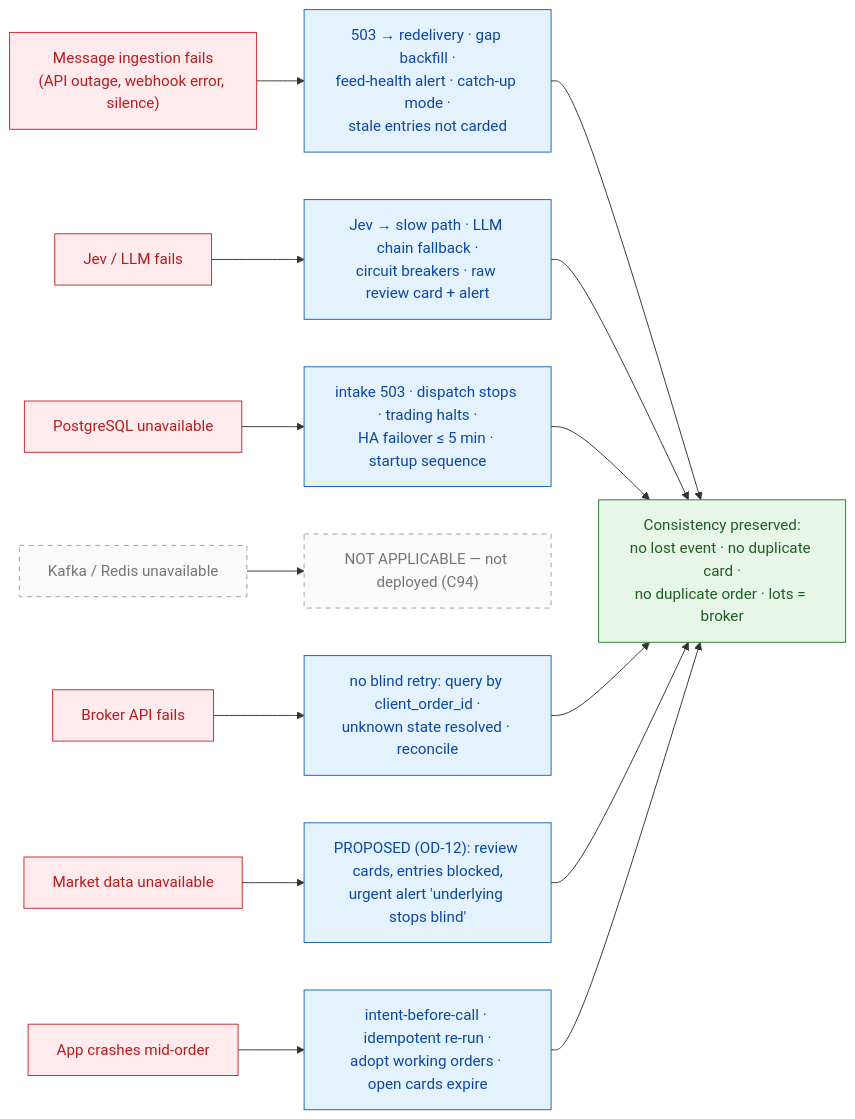
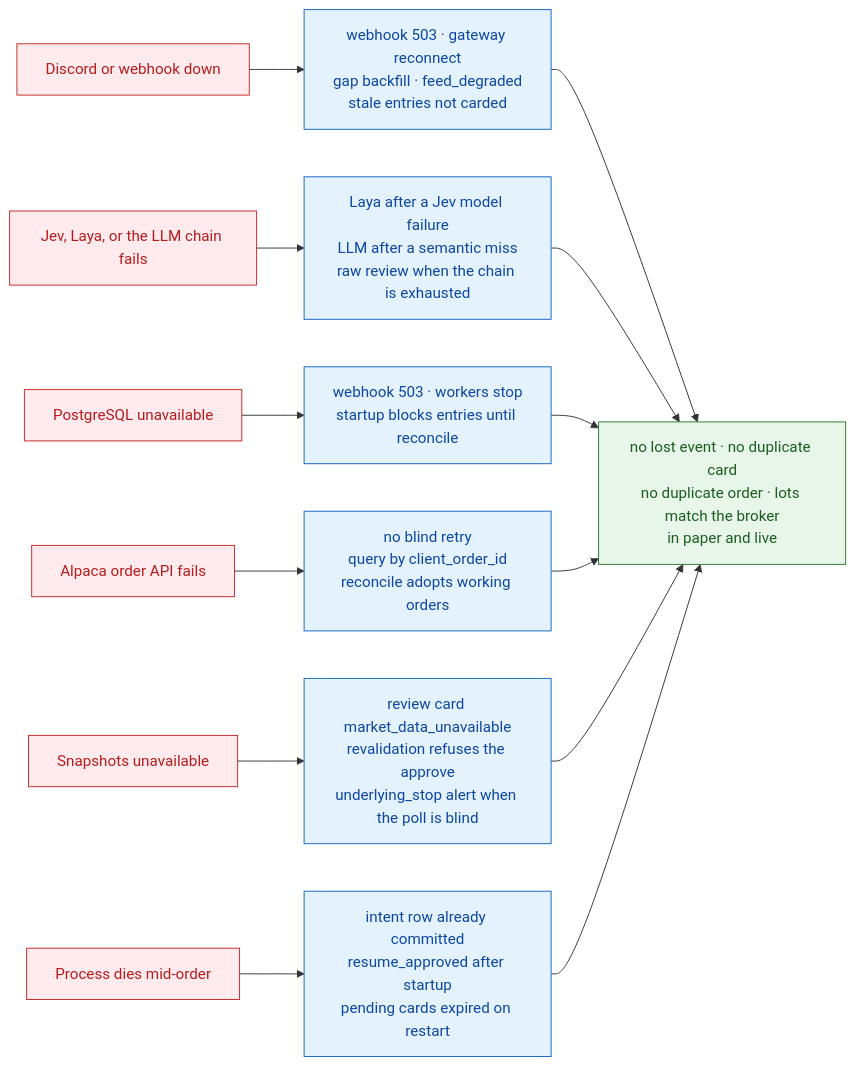
The first of 7 diagrams in docs/diagrams/09-failure-recovery.md (idolrun/trading-agent), drawn with Mermaid before and after one commit. The commit also changed other lines of this file and 131 other files, not shown here.

First line of the commit message:
docs: update architecture and data flow diagrams for clarity and consistency

````diff
--- a/docs/diagrams/09-failure-recovery.md
+++ b/docs/diagrams/09-failure-recovery.md
@@ -13,33 +15,29 @@
 ```mermaid
 flowchart LR
     classDef fail fill:#ffebee,stroke:#c62828,color:#b71c1c
     classDef code fill:#e3f2fd,stroke:#1565c0,color:#0d47a1
     classDef ok fill:#e8f5e9,stroke:#2e7d32,color:#1b5e20
-    classDef na fill:#fafafa,stroke:#9e9e9e,color:#757575,stroke-dasharray: 5 5
 
-    F1["Message ingestion fails<br/>(API outage, webhook error, silence)"]:::fail
-    F2["Jev / LLM fails"]:::fail
+    F1["Discord or webhook down"]:::fail
+    F2["Jev, Laya, or the LLM chain fails"]:::fail
     F3["PostgreSQL unavailable"]:::fail
-    F4["Kafka / Redis unavailable"]:::na
-    F5["Broker API fails"]:::fail
-    F6["Market data unavailable"]:::fail
-    F7["App crashes mid-order"]:::fail
+    F5["Alpaca order API fails"]:::fail
+    F6["Snapshots unavailable"]:::fail
+    F7["Process dies mid-order"]:::fail
 
-    R1["503 → redelivery · gap backfill ·<br/>feed-health alert · catch-up mode ·<br/>stale entries not carded"]:::code
-    R2["Jev → slow path · LLM chain fallback ·<br/>circuit breakers · raw review card + alert"]:::code
-    R3["intake 503 · dispatch stops · trading halts ·<br/>HA failover ≤ 5 min · startup sequence"]:::code
-    R4["NOT APPLICABLE — not deployed (C94)"]:::na
-    R5["no blind retry: query by client_order_id ·<br/>unknown state resolved · reconcile"]:::code
-    R6["PROPOSED (OD-12): review cards, entries blocked,<br/>urgent alert 'underlying stops blind'"]:::code
-    R7["intent-before-call · idempotent re-run ·<br/>adopt working orders · open cards expire"]:::code
+    R1["webhook 503 · gateway reconnect<br/>gap backfill · feed_degraded<br/>stale entries not carded"]:::code
+    R2["Laya after a Jev model failure<br/>LLM after a semantic miss<br/>raw review when the chain is exhausted"]:::code
+    R3["webhook 503 · workers stop<br/>startup blocks entries until reconcile"]:::code
+    R5["no blind retry<br/>query by client_order_id<br/>reconcile adopts working orders"]:::code
+    R6["review card market_data_unavailable<br/>revalidation refuses the approve<br/>underlying_stop alert when the poll is blind"]:::code
+    R7["intent row already committed<br/>resume_approved after startup<br/>pending cards expired on restart"]:::code
 
-    G["Consistency preserved:<br/>no lost event · no duplicate card ·<br/>no duplicate order · lots = broker"]:::ok
+    G["no lost event · no duplicate card<br/>no duplicate order · lots match the broker<br/>in paper and live"]:::ok
 
     F1 --> R1 --> G
     F2 --> R2 --> G
     F3 --> R3 --> G
-    F4 --> R4
     F5 --> R5 --> G
     F6 --> R6 --> G
     F7 --> R7 --> G
 ```
````
